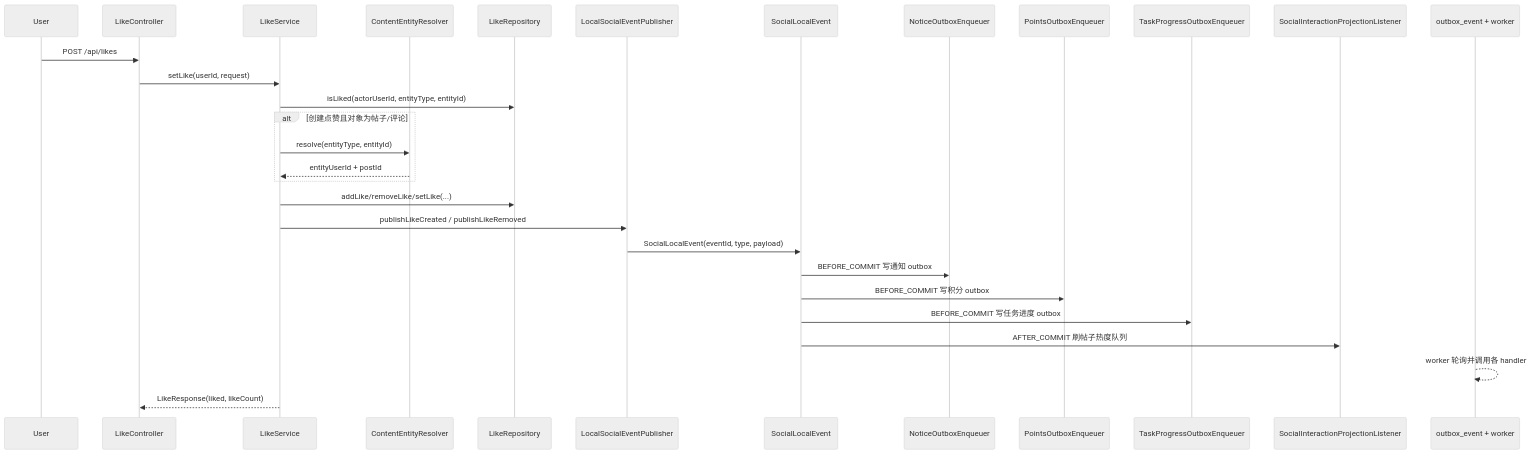
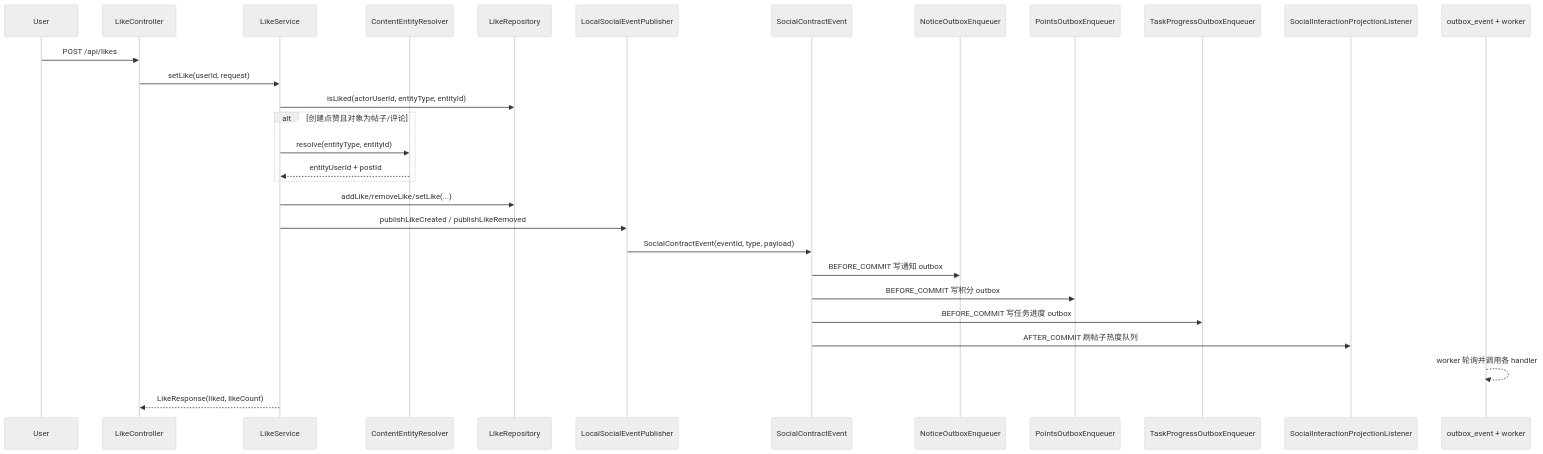
The diagram in docs/business-logic/social-like-follow-outbox-flow.md (skt-shinyruo/community), drawn with Mermaid (neutral theme) before and after one commit. The commit also changed other lines of this file and 30 other files, not shown here.

````diff
--- a/docs/business-logic/social-like-follow-outbox-flow.md
+++ b/docs/business-logic/social-like-follow-outbox-flow.md
@@ -106,32 +107,32 @@
 ```mermaid
 sequenceDiagram
     participant U as User
     participant API as LikeController
     participant SVC as LikeService
     participant RES as ContentEntityResolver
     participant REPO as LikeRepository
     participant PUB as LocalSocialEventPublisher
-    participant EVT as SocialLocalEvent
+    participant EVT as SocialContractEvent
     participant N as NoticeOutboxEnqueuer
     participant P as PointsOutboxEnqueuer
     participant T as TaskProgressOutboxEnqueuer
     participant SCORE as SocialInteractionProjectionListener
     participant OUTBOX as outbox_event + worker
 
     U->>API: POST /api/likes
     API->>SVC: setLike(userId, request)
     SVC->>REPO: isLiked(actorUserId, entityType, entityId)
     alt 创建点赞且对象为帖子/评论
         SVC->>RES: resolve(entityType, entityId)
         RES-->>SVC: entityUserId + postId
     end
     SVC->>REPO: addLike/removeLike/setLike(...)
     SVC->>PUB: publishLikeCreated / publishLikeRemoved
-    PUB->>EVT: SocialLocalEvent(eventId, type, payload)
+    PUB->>EVT: SocialContractEvent(eventId, type, payload)
     EVT->>N: BEFORE_COMMIT 写通知 outbox
     EVT->>P: BEFORE_COMMIT 写积分 outbox
     EVT->>T: BEFORE_COMMIT 写任务进度 outbox
     EVT->>SCORE: AFTER_COMMIT 刷帖子热度队列
     OUTBOX-->>OUTBOX: worker 轮询并调用各 handler
     SVC-->>API: LikeResponse(liked, likeCount)
 ```
````
